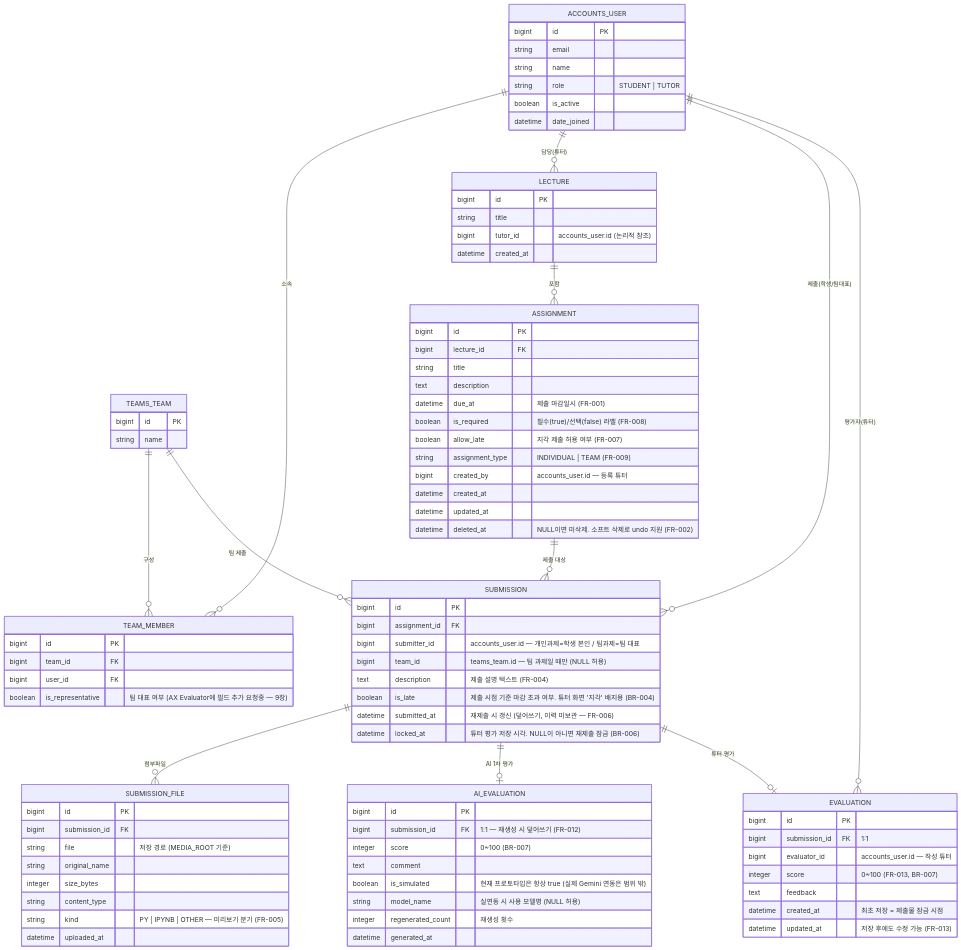
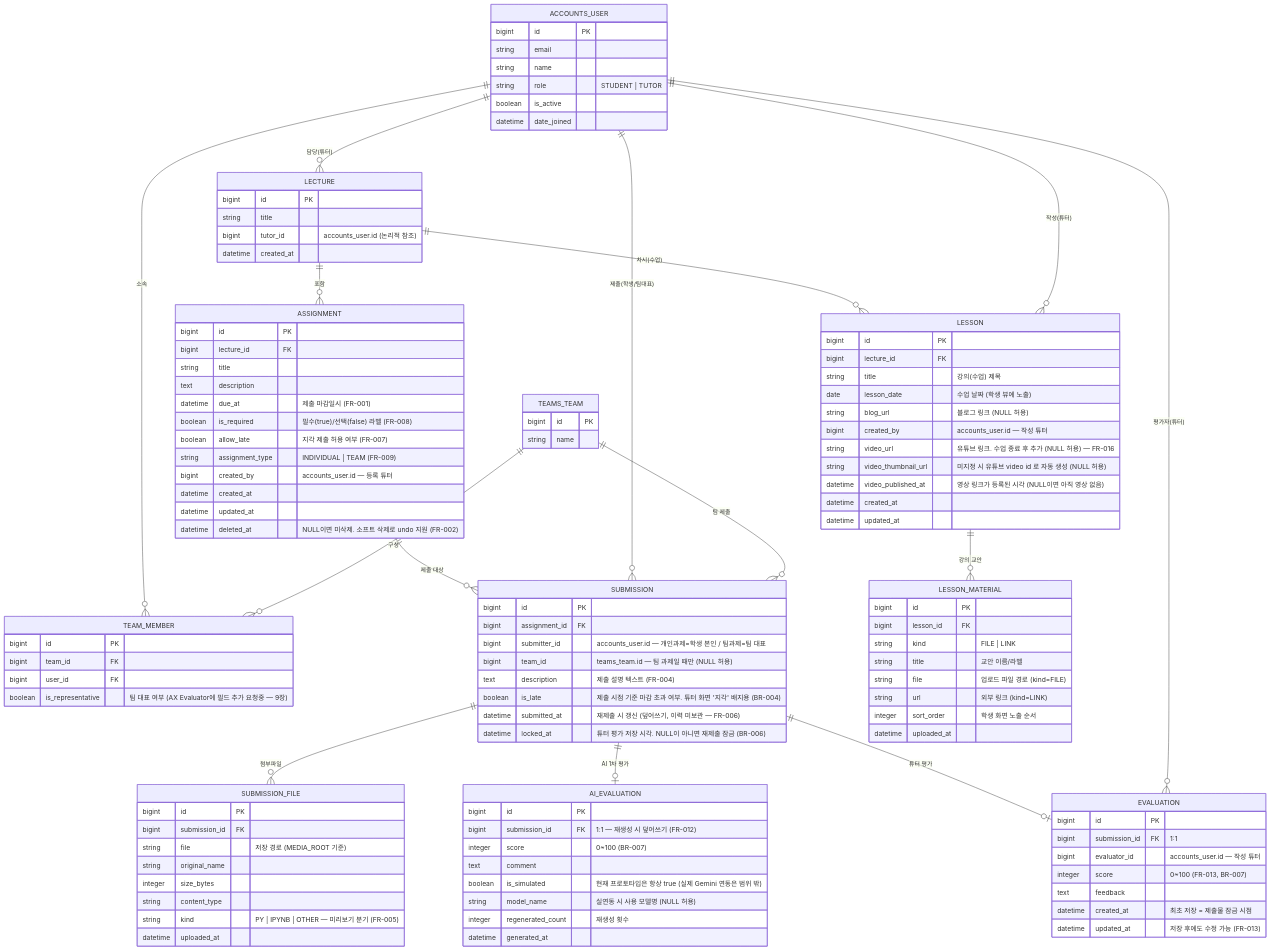
One commit to KANT-2/assignment-lms changed the diagram in docs/assignment-lms-ERD.md. Above: the diagram before and after it, drawn with Mermaid. The commit also changed other lines of this file and 1 other file, not shown here.

Commit message:
ERD: 온라인 강의(LESSON / LESSON_MATERIAL) 추가
- LESSON: 수업 회차 — 제목/수업날짜/블로그링크/교안, 수업 후 유튜브 링크+썸네일
- LESSON_MATERIAL: 강의 교안 복수 (파일 또는 링크)
- 파생값(영상 공개 여부, 유튜브 썸네일 URL) / 열린 질문(시청 트래킹) 정리
- FR-015/016 을 '범위 밖'에서 실제 모델링으로 전환, core/models.py 주석 갱신

```diff
--- a/docs/assignment-lms-ERD.md
+++ b/docs/assignment-lms-ERD.md
@@ -31,6 +31,10 @@
     SUBMISSION     ||--o| AI_EVALUATION : "AI 1차 평가"
     SUBMISSION     ||--o| EVALUATION    : "튜터 평가"
     ACCOUNTS_USER  ||--o{ EVALUATION    : "평가자(튜터)"
+
+    LECTURE        ||--o{ LESSON          : "차시(수업)"
+    LESSON         ||--o{ LESSON_MATERIAL : "강의 교안"
+    ACCOUNTS_USER  ||--o{ LESSON          : "작성(튜터)"
 
     ACCOUNTS_USER {
         bigint  id PK
@@ -58,6 +62,31 @@
         string  title
         bigint  tutor_id      "accounts_user.id (논리적 참조)"
         datetime created_at
+    }
+
+    LESSON {
+        bigint   id PK
+        bigint   lecture_id FK
+        string   title                   "강의(수업) 제목"
+        date     lesson_date             "수업 날짜 (학생 뷰에 노출)"
+        string   blog_url                "블로그 링크 (NULL 허용)"
+        bigint   created_by              "accounts_user.id — 작성 튜터"
+        string   video_url               "유튜브 링크. 수업 종료 후 추가 (NULL 허용) — FR-016"
+        string   video_thumbnail_url     "미지정 시 유튜브 video id 로 자동 생성 (NULL 허용)"
+        datetime video_published_at      "영상 링크가 등록된 시각 (NULL이면 아직 영상 없음)"
+        datetime created_at
+        datetime updated_at
+    }
+
+    LESSON_MATERIAL {
+        bigint   id PK
+        bigint   lesson_id FK
+        string   kind                    "FILE | LINK"
+        string   title                   "교안 이름/라벨"
+        string   file                    "업로드 파일 경로 (kind=FILE)"
+        string   url                     "외부 링크 (kind=LINK)"
+        integer  sort_order              "학생 화면 노출 순서"
+        datetime uploaded_at
     }
 
     ASSIGNMENT {
```
